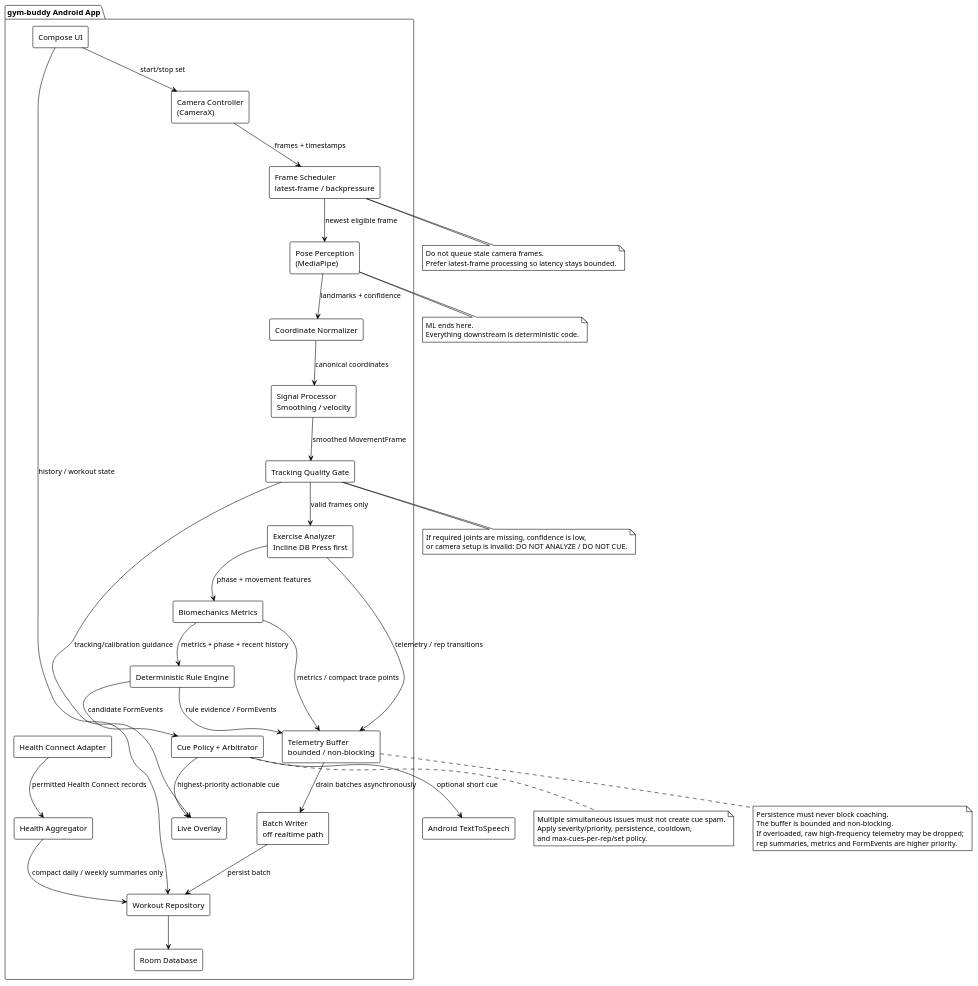
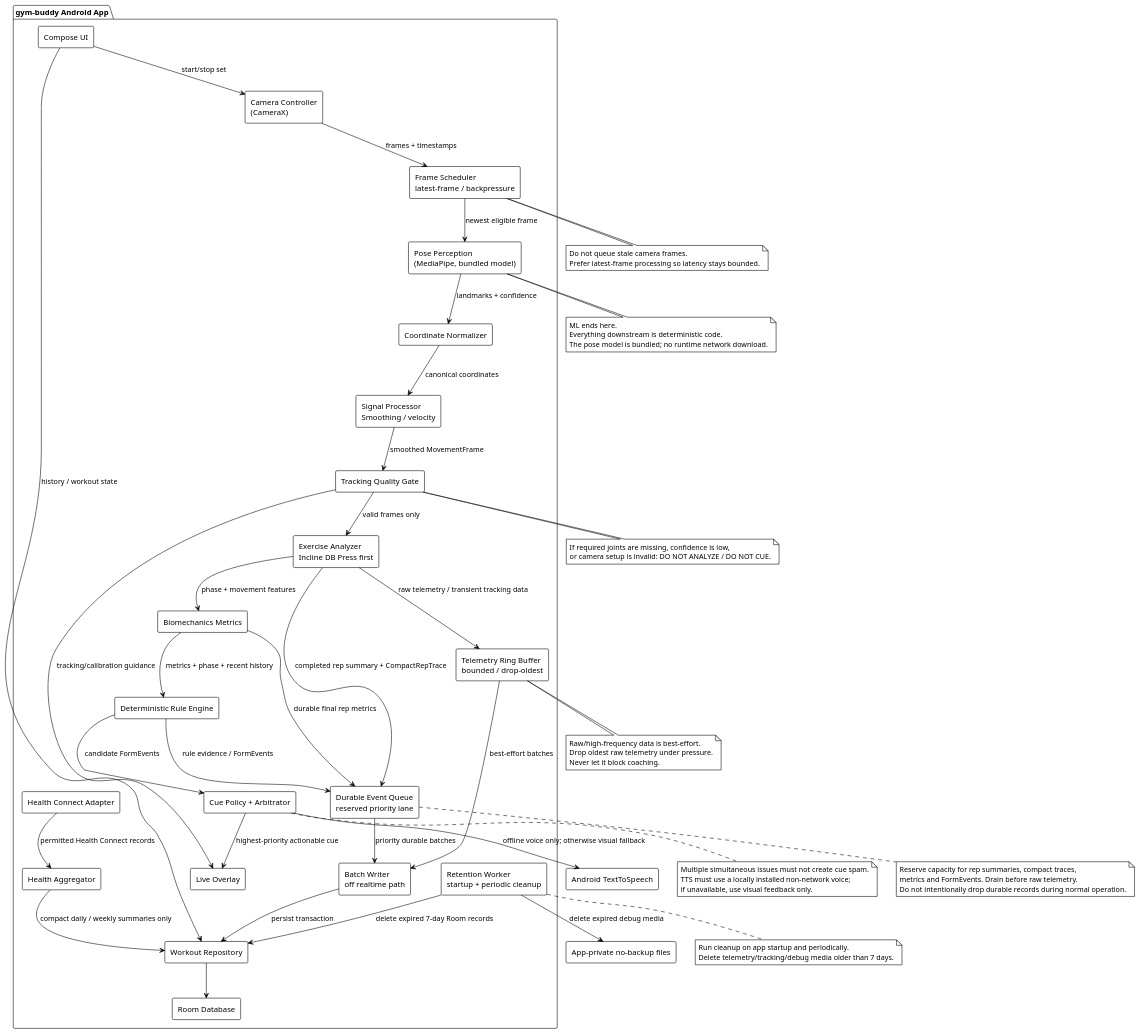
Before and after one commit to lazerta/gym-buddy: the diagram in docs/uml/02-android-components.puml, drawn with PlantUML.

Commit message:
UML v0.5: add persistence priority lanes and retention worker

```diff
--- a/docs/uml/02-android-components.puml
+++ b/docs/uml/02-android-components.puml
@@ -1,80 +1,97 @@
 @startuml
 !theme plain
 skinparam shadowing false
 skinparam componentStyle rectangle
 
 package "gym-buddy Android App" {
   [Compose UI] as UI
   [Camera Controller\n(CameraX)] as Camera
   [Frame Scheduler\nlatest-frame / backpressure] as Scheduler
-  [Pose Perception\n(MediaPipe)] as Pose
+  [Pose Perception\n(MediaPipe, bundled model)] as Pose
   [Coordinate Normalizer] as Normalize
   [Signal Processor\nSmoothing / velocity] as Signal
   [Tracking Quality Gate] as Quality
   [Exercise Analyzer\nIncline DB Press first] as Analyzer
   [Biomechanics Metrics] as Metrics
   [Deterministic Rule Engine] as Rules
   [Cue Policy + Arbitrator] as CuePolicy
   [Live Overlay] as Overlay
-  [Telemetry Buffer\nbounded / non-blocking] as Buffer
+  [Telemetry Ring Buffer\nbounded / drop-oldest] as TelemetryBuffer
+  [Durable Event Queue\nreserved priority lane] as DurableQueue
   [Batch Writer\noff realtime path] as BatchWriter
   [Workout Repository] as Repo
   [Health Connect Adapter] as Health
   [Health Aggregator] as HealthAgg
+  [Retention Worker\nstartup + periodic cleanup] as Retention
   [Room Database] as Room
 }
 
 UI --> Camera : start/stop set
 Camera --> Scheduler : frames + timestamps
 Scheduler --> Pose : newest eligible frame
 Pose --> Normalize : landmarks + confidence
 Normalize --> Signal : canonical coordinates
 Signal --> Quality : smoothed MovementFrame
 Quality --> Analyzer : valid frames only
 Quality --> Overlay : tracking/calibration guidance
 Analyzer --> Metrics : phase + movement features
 Metrics --> Rules : metrics + phase + recent history
 Rules --> CuePolicy : candidate FormEvents
 CuePolicy --> Overlay : highest-priority actionable cue
-CuePolicy --> [Android TextToSpeech] : optional short cue
+CuePolicy --> [Android TextToSpeech] : offline voice only; otherwise visual fallback
 
-Analyzer --> Buffer : telemetry / rep transitions
-Metrics --> Buffer : metrics / compact trace points
-Rules --> Buffer : rule evidence / FormEvents
-Buffer --> BatchWriter : drain batches asynchronously
-BatchWriter --> Repo : persist batch
+Analyzer --> TelemetryBuffer : raw telemetry / transient tracking data
+Analyzer --> DurableQueue : completed rep summary + CompactRepTrace
+Metrics --> DurableQueue : durable final rep metrics
+Rules --> DurableQueue : rule evidence / FormEvents
+TelemetryBuffer --> BatchWriter : best-effort batches
+DurableQueue --> BatchWriter : priority durable batches
+BatchWriter --> Repo : persist transaction
 Repo --> Room
 
 Health --> HealthAgg : permitted Health Connect records
 HealthAgg --> Repo : compact daily / weekly summaries only
+Retention --> Repo : delete expired 7-day Room records
+Retention --> [App-private no-backup files] : delete expired debug media
 UI --> Repo : history / workout state
 
 note bottom of Pose
 ML ends here.
 Everything downstream is deterministic code.
+The pose model is bundled; no runtime network download.
 end note
 
 note bottom of Scheduler
 Do not queue stale camera frames.
 Prefer latest-frame processing so latency stays bounded.
 end note
 
 note bottom of Quality
 If required joints are missing, confidence is low,
 or camera setup is invalid: DO NOT ANALYZE / DO NOT CUE.
 end note
 
-note bottom of Buffer
-Persistence must never block coaching.
-The buffer is bounded and non-blocking.
-If overloaded, raw high-frequency telemetry may be dropped;
-rep summaries, metrics and FormEvents are higher priority.
+note bottom of TelemetryBuffer
+Raw/high-frequency data is best-effort.
+Drop oldest raw telemetry under pressure.
+Never let it block coaching.
+end note
+
+note bottom of DurableQueue
+Reserve capacity for rep summaries, compact traces,
+metrics and FormEvents. Drain before raw telemetry.
+Do not intentionally drop durable records during normal operation.
+end note
+
+note bottom of Retention
+Run cleanup on app startup and periodically.
+Delete telemetry/tracking/debug media older than 7 days.
 end note
 
 note bottom of CuePolicy
 Multiple simultaneous issues must not create cue spam.
-Apply severity/priority, persistence, cooldown,
-and max-cues-per-rep/set policy.
+TTS must use a locally installed non-network voice;
+if unavailable, use visual feedback only.
 end note
 
 @enduml
```
